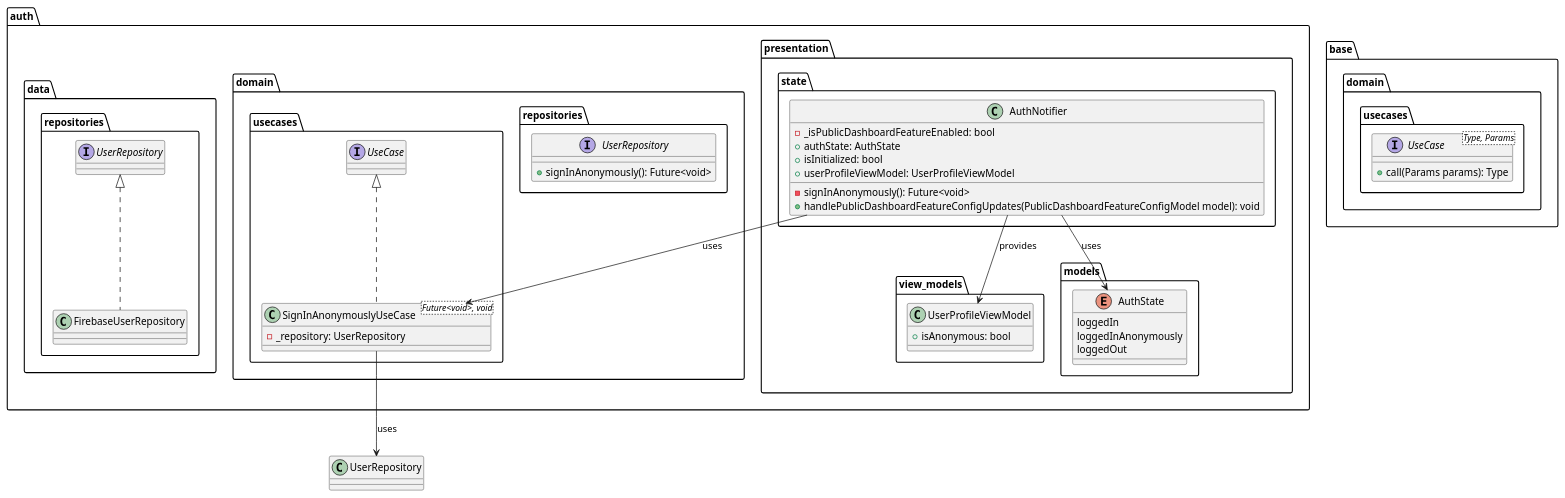
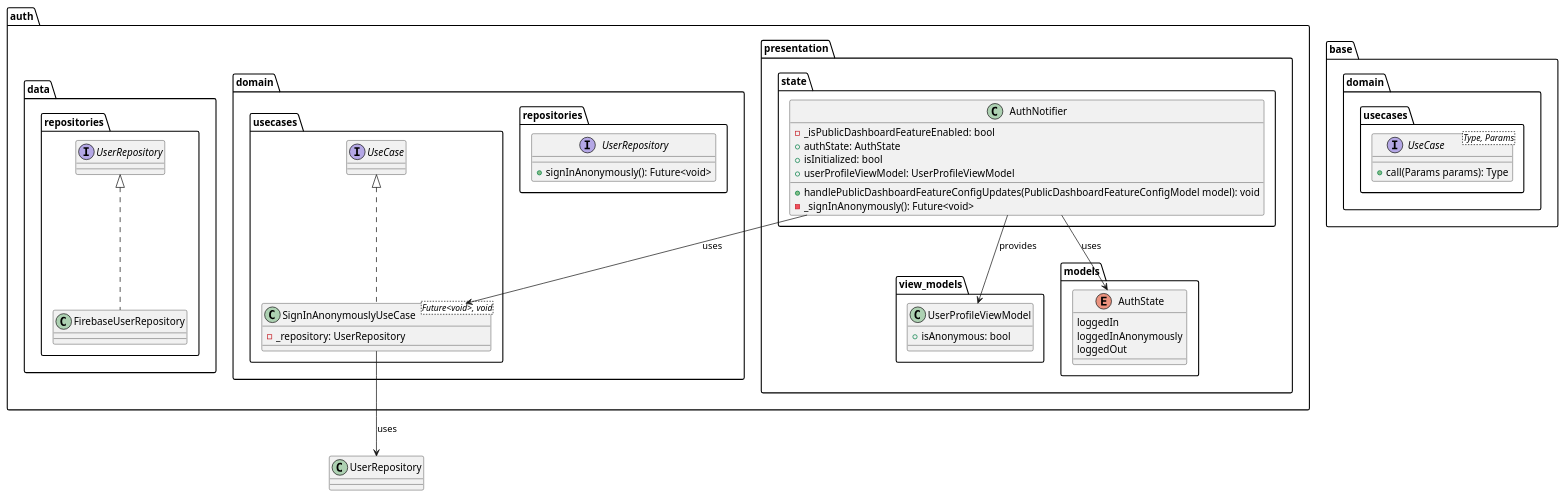
The diagram in metrics/web/docs/features/public_dashboard/diagrams/public_dashboard_auth_class_diagram.puml (Flank/flank-dashboard), drawn with PlantUML before and after one commit. The commit also changed 2 other files, not shown here.

```diff
--- a/metrics/web/docs/features/public_dashboard/diagrams/public_dashboard_auth_class_diagram.puml
+++ b/metrics/web/docs/features/public_dashboard/diagrams/public_dashboard_auth_class_diagram.puml
@@ -1,60 +1,60 @@
 @startuml public_dashboard_auth_class_diagram
 
 package base.domain.usecases {
     interface UseCase<Type, Params> {
         + call(Params params): Type
     }
 }
 
 package auth {
     package presentation {
         package view_models {
             class UserProfileViewModel {
                 + isAnonymous: bool
             }
         }
 
         package models {
             enum AuthState {
                  loggedIn
                  loggedInAnonymously
                  loggedOut
             }
         }
 
         package state {
             class AuthNotifier {
                 - _isPublicDashboardFeatureEnabled: bool
                 + authState: AuthState
                 + isInitialized: bool
                 + userProfileViewModel: UserProfileViewModel
-                - signInAnonymously(): Future<void>
                 + handlePublicDashboardFeatureConfigUpdates(PublicDashboardFeatureConfigModel model): void
+                - _signInAnonymously(): Future<void>
             }
         }
     }
 
     package domain {
         package repositories {
             interface UserRepository {
                 + signInAnonymously(): Future<void>
             }
         }
 
         package usecases {
             class SignInAnonymouslyUseCase<Future<void>, void> implements UseCase {
                 - _repository: UserRepository
             }
         }
     }
 
     package data.repositories {
         class FirebaseUserRepository implements UserRepository {}
     }
 }
 
 SignInAnonymouslyUseCase --> UserRepository: uses
 AuthNotifier --> SignInAnonymouslyUseCase: uses
 AuthNotifier --> AuthState: uses
 AuthNotifier --> UserProfileViewModel: provides
 @enduml
```
